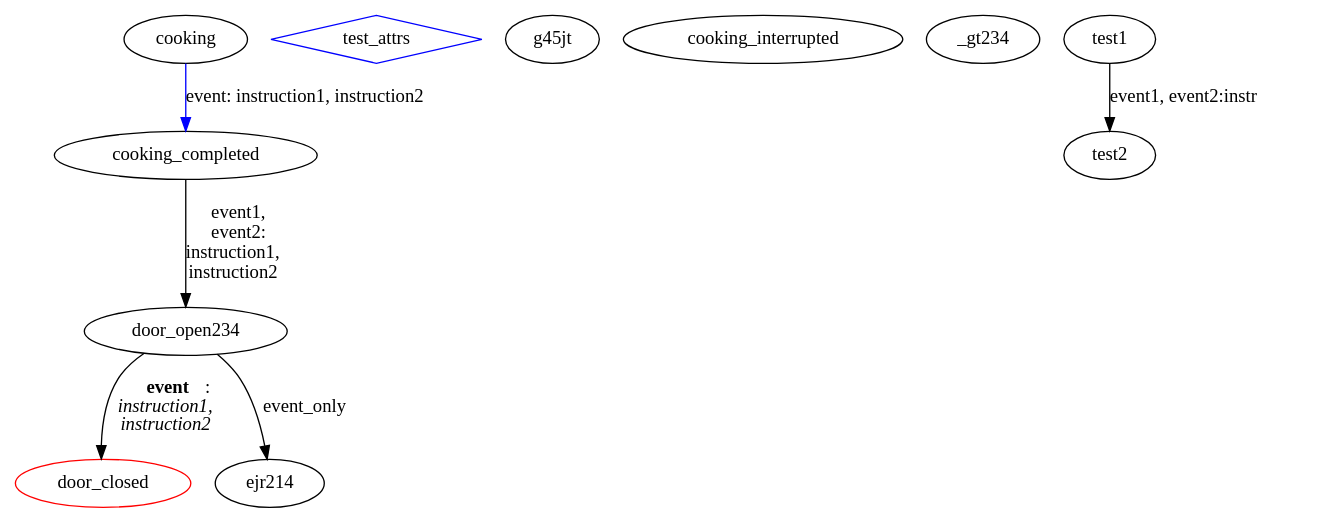
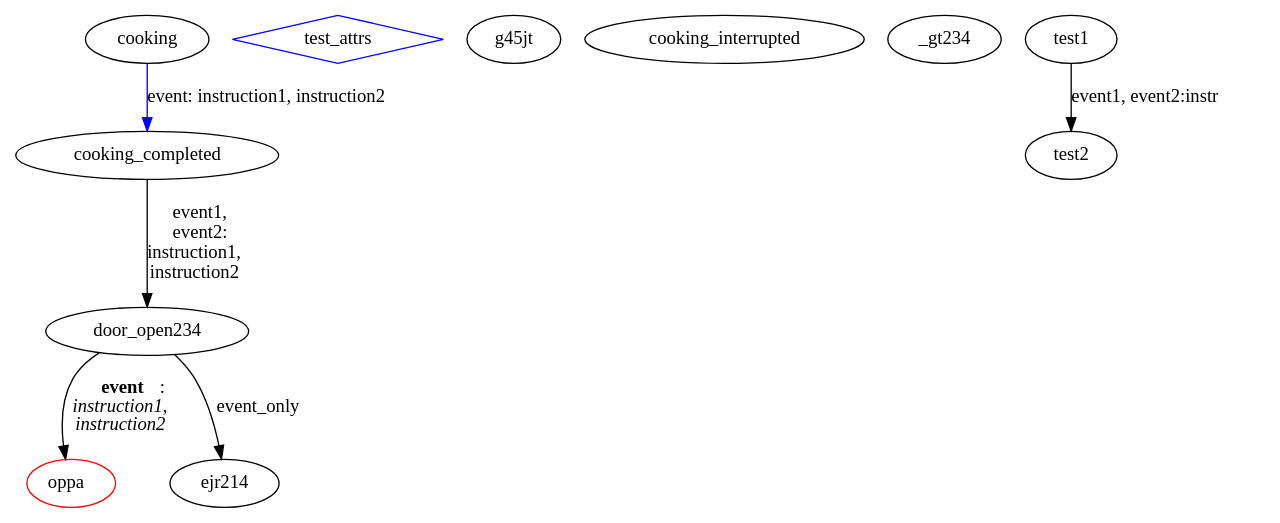
One commit to SipakovV/fsm-code-generator changed the diagram in finite_automata/sandbox/sample.dot. Above: the diagram before and after it, drawn with Graphviz. The commit also changed 1 other file, not shown here.

```diff
--- a/finite_automata/sandbox/sample.dot
+++ b/finite_automata/sandbox/sample.dot
@@ -1,31 +1,31 @@
 /* slkejrse 345 */
 //44454345
 digraph microwave_fsm {
-	door_closed [color=red]
+	door_closed [color=red, label=<oppa>]
 	test_attrs [color=blue, shape=diamond]
 	g45jt
 	// 3498573 ^$%* oppa
 	/* 435 */
 	ejr214
 	cooking
 	cooking_interrupted
 	door_open234
 	cooking_completed
 	_gt234
 
 	test1
 	test2
 
 	//cooking->cooking_interrupted - invalid: no attrs
 	//cooking->door_open234 [color=red] - invalid: no label attr
 	cooking->cooking_completed [label=<event: instruction1, instruction2>, color=blue]
 	door_open234 ->door_closed [label=<<b>event</b>:<i><br/>instruction1,<br/>instruction2</i>>]
 	door_open234->ejr214 [label=<event_only>]
 	//door_open234->g45jt [label=event_without_html] - invalid: no <> brbh
 
 	cooking_completed->door_open234 [label=<event1,<br/>event2:<br/>instruction1,<br/>instruction2>]
 
 	//test1->test2 [label=<event1:>] - invalid: ':' without instructions
 	test1->test2 [label=<event1, event2:instr>]
 
 }
```
